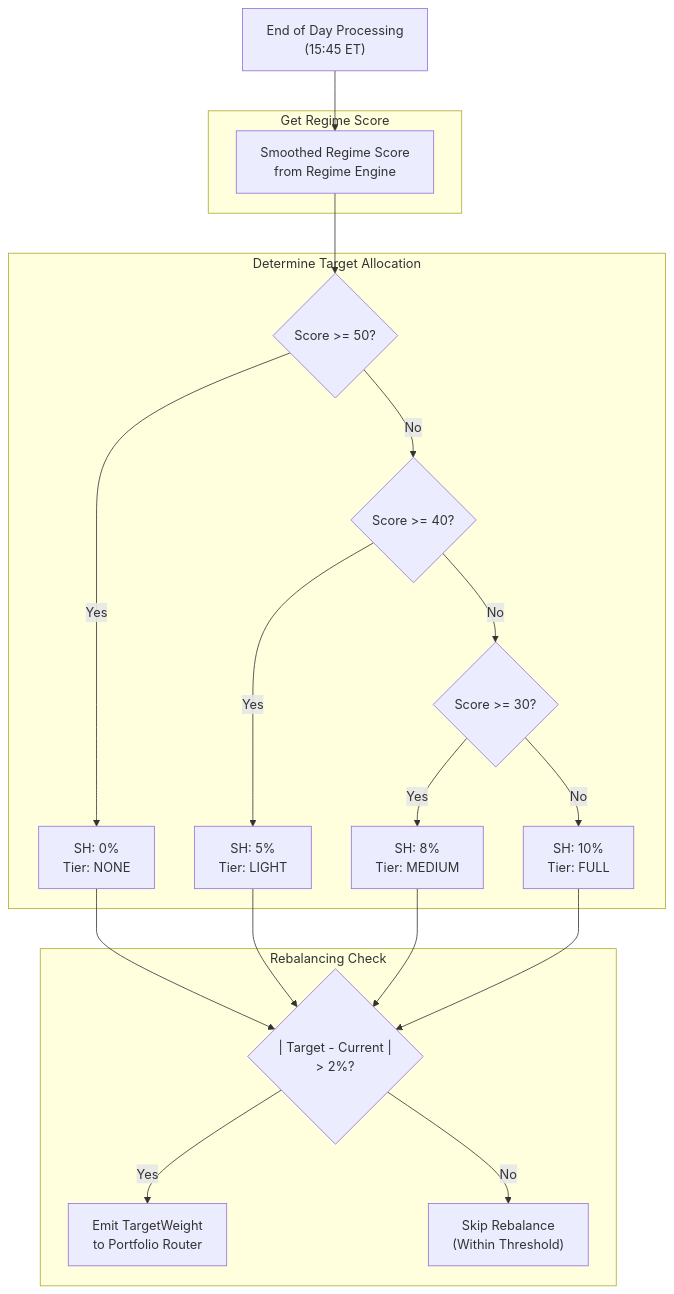
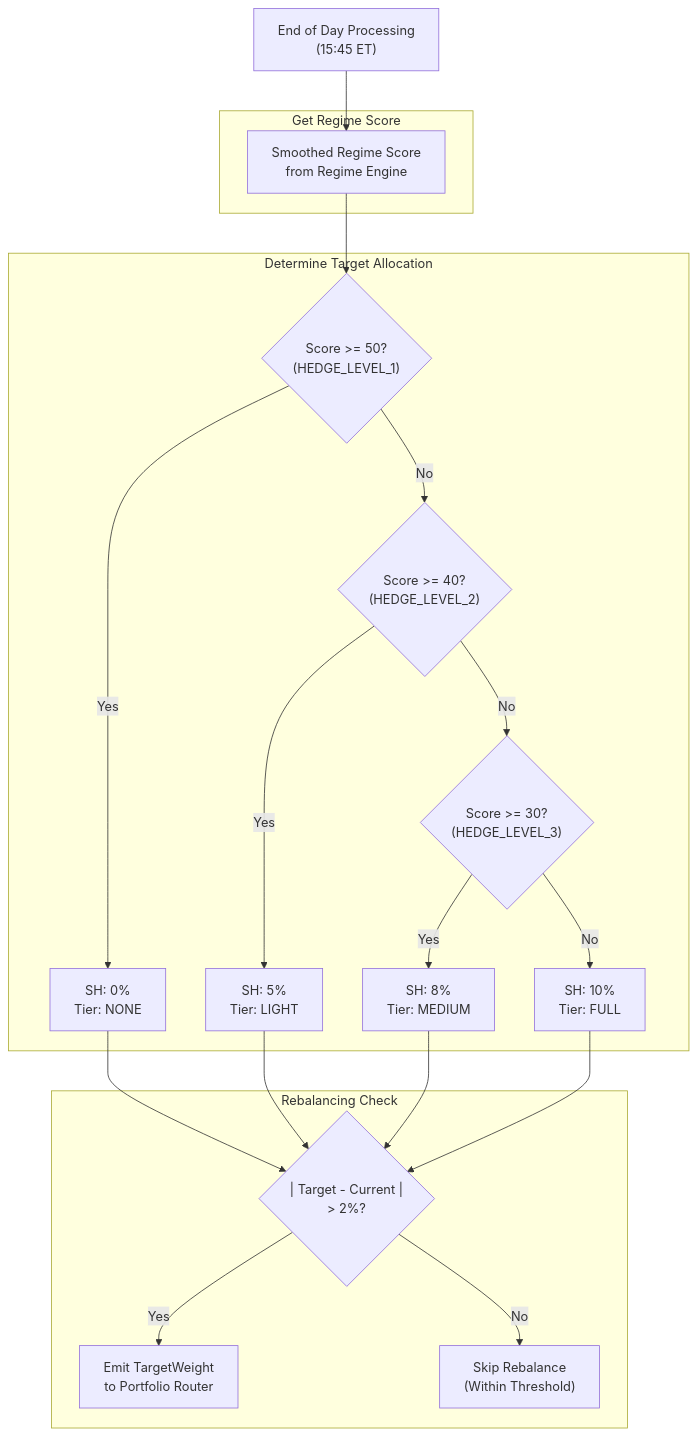
Before and after one commit to vickdavinci/alpha-nextgen-v2-private: the first of 2 diagrams in docs/system/09-hedge-engine.md, drawn with Mermaid. The commit also changed other lines of this file and 17 other files, not shown here.

````diff
--- a/docs/system/09-hedge-engine.md
+++ b/docs/system/09-hedge-engine.md
@@ -262,43 +262,43 @@
 ```mermaid
 flowchart TD
     START["End of Day Processing<br/>(15:45 ET)"]
 
     subgraph REGIME["Get Regime Score"]
         SCORE["Smoothed Regime Score<br/>from Regime Engine"]
     end
 
     subgraph DETERMINE["Determine Target Allocation"]
-        R1{"Score >= 50?"}
-        R2{"Score >= 40?"}
-        R3{"Score >= 30?"}
+        R1{"Score >= 50?<br/>(HEDGE_LEVEL_1)"}
+        R2{"Score >= 40?<br/>(HEDGE_LEVEL_2)"}
+        R3{"Score >= 30?<br/>(HEDGE_LEVEL_3)"}
 
         A1["SH: 0%<br/>Tier: NONE"]
         A2["SH: 5%<br/>Tier: LIGHT"]
         A3["SH: 8%<br/>Tier: MEDIUM"]
         A4["SH: 10%<br/>Tier: FULL"]
     end
 
     subgraph REBALANCE["Rebalancing Check"]
         DIFF{"| Target - Current |<br/>> 2%?"}
         EMIT["Emit TargetWeight<br/>to Portfolio Router"]
         SKIP["Skip Rebalance<br/>(Within Threshold)"]
     end
 
     START --> SCORE
     SCORE --> R1
 
     R1 -->|Yes| A1
     R1 -->|No| R2
     R2 -->|Yes| A2
     R2 -->|No| R3
     R3 -->|Yes| A3
     R3 -->|No| A4
 
     A1 --> DIFF
     A2 --> DIFF
     A3 --> DIFF
     A4 --> DIFF
 
     DIFF -->|Yes| EMIT
     DIFF -->|No| SKIP
 ```
````
